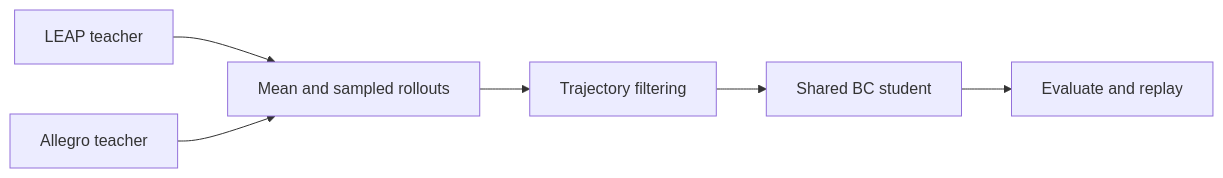
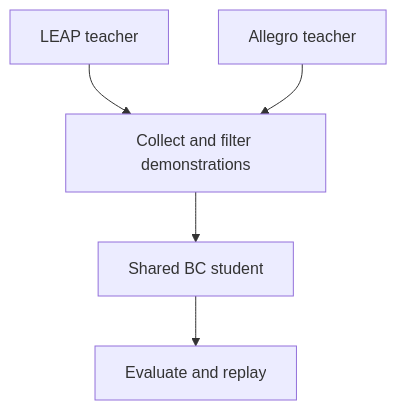
The diagram in README.md (riemac/AnyMani), drawn with Mermaid before and after one commit.

Commit message:
docs: keep the reproduction diagram readable on narrow screens

````diff
--- a/README.md
+++ b/README.md
@@ -75,8 +75,7 @@
 ```mermaid
-flowchart LR
-    A[LEAP teacher] --> C[Mean and sampled rollouts]
+flowchart TD
+    A[LEAP teacher] --> C[Collect and filter demonstrations]
     B[Allegro teacher] --> C
-    C --> D[Trajectory filtering]
-    D --> E[Shared BC student]
-    E --> F[Evaluate and replay]
+    C --> D[Shared BC student]
+    D --> E[Evaluate and replay]
 ```
````
